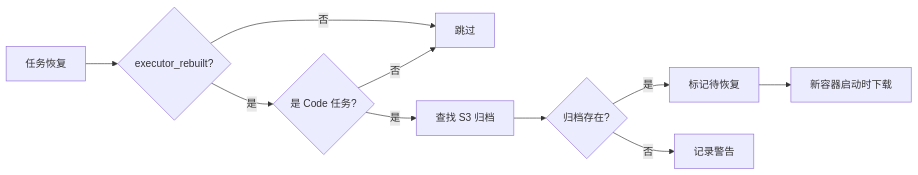
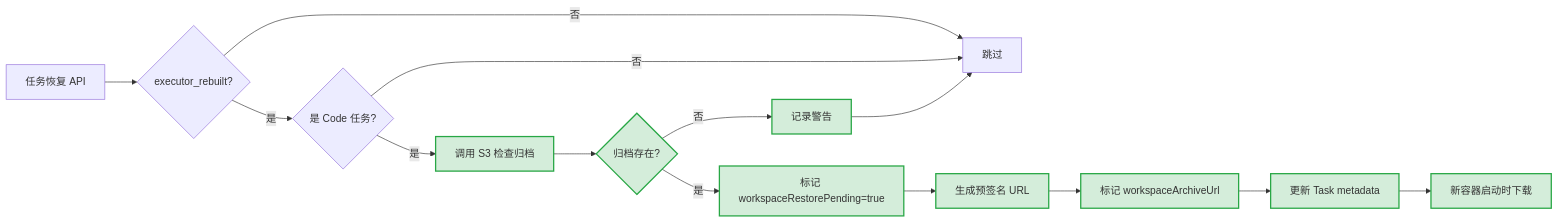
Before and after one commit to wecode-ai/Wegent: the fifth of 9 diagrams in docs/zh/features/task-restore.md, drawn with Mermaid. The commit also changed other lines of this file and 1 other file, not shown here.

First line of the commit message:
docs: update task restore documentation with visual markers

````diff
--- a/docs/zh/features/task-restore.md
+++ b/docs/zh/features/task-restore.md
@@ -206,12 +305,18 @@
 ```mermaid
 flowchart LR
-    A[任务恢复] --> B{executor_rebuilt?}
+    A[任务恢复 API] --> B{executor_rebuilt?}
     B -->|是| C{是 Code 任务?}
     B -->|否| D[跳过]
-    C -->|是| E[查找 S3 归档]
+    C -->|是| E[调用 S3 检查归档]:::new
     C -->|否| D
-    E --> F{归档存在?}
-    F -->|是| G[标记待恢复]
-    F -->|否| H[记录警告]
-    G --> I[新容器启动时下载]
+    E --> F{归档存在?}:::new
+    F -->|是| G[标记 workspaceRestorePending=true]:::new
+    F -->|否| H[记录警告]:::new
+    G --> I[生成预签名 URL]:::new
+    I --> J[标记 workspaceArchiveUrl]:::new
+    J --> K[更新 Task metadata]:::new
+    K --> L[新容器启动时下载]:::new
+    H --> D
+
+    classDef new fill:#d4edda,stroke:#28a745,stroke-width:2px
 ```
````
